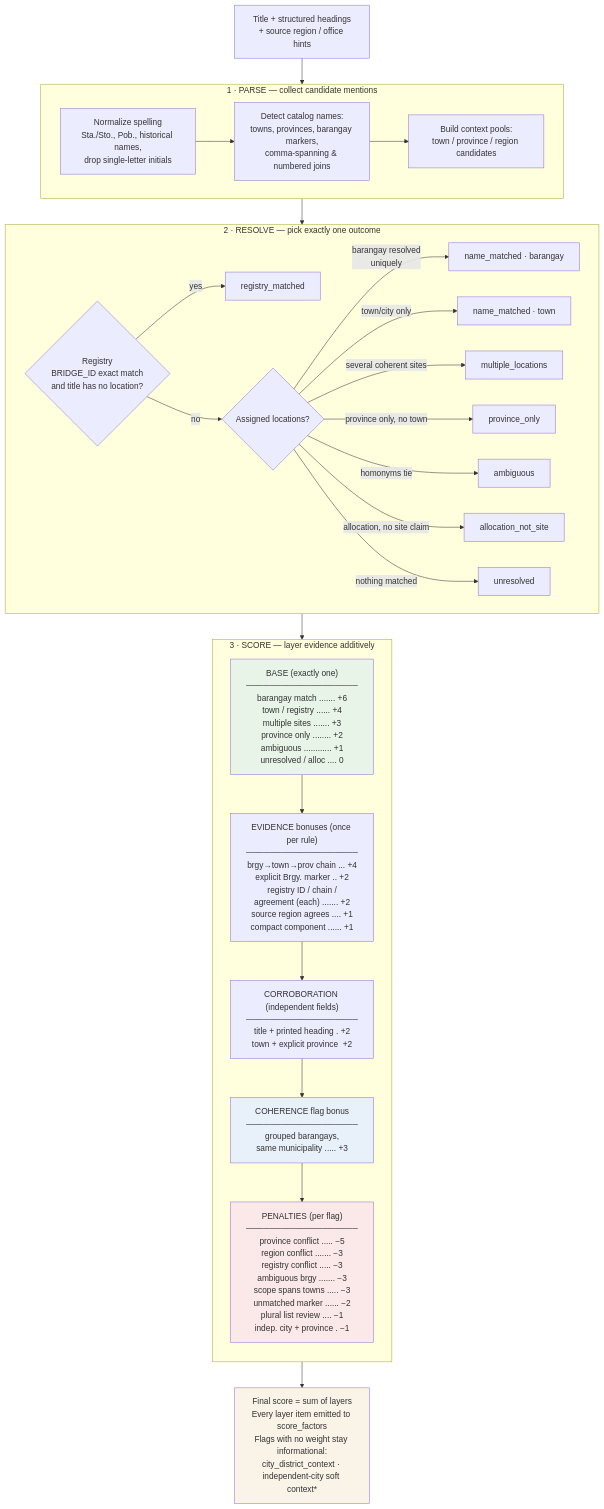
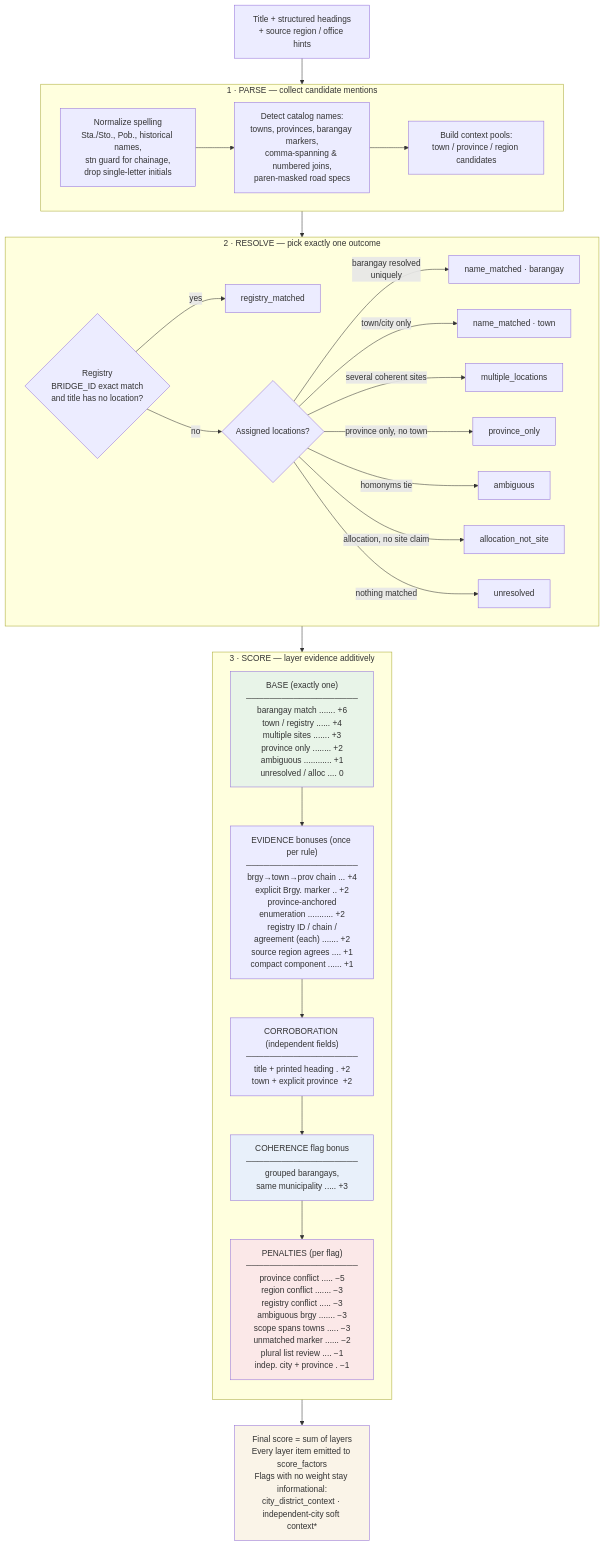
The diagram in master_list/docs/SCORING_RULES.md (csiiiv/DPWH-NEP-HB-2027-ANALYSIS), drawn with Mermaid before and after one commit. The commit also changed other lines of this file and 13 other files, not shown here.

First line of the commit message:
master_list: location evidence v6.2 - province-anchored enumerations, paren masks, station syntax

````diff
--- a/master_list/docs/SCORING_RULES.md
+++ b/master_list/docs/SCORING_RULES.md
@@ -25,42 +25,42 @@
 ```mermaid
 flowchart TD
     T[Title + structured headings<br/>+ source region / office hints] --> P
 
     subgraph P["1 · PARSE — collect candidate mentions"]
-        P1[Normalize spelling<br/>Sta./Sto., Pob., historical names,<br/>drop single-letter initials] --> P2
-        P2[Detect catalog names:<br/>towns, provinces, barangay markers,<br/>comma-spanning &amp; numbered joins] --> P3
+        P1[Normalize spelling<br/>Sta./Sto., Pob., historical names,<br/>stn guard for chainage,<br/>drop single-letter initials] --> P2
+        P2[Detect catalog names:<br/>towns, provinces, barangay markers,<br/>comma-spanning &amp; numbered joins,<br/>paren-masked road specs] --> P3
         P3[Build context pools:<br/>town / province / region candidates]
     end
 
     P --> R
 
     subgraph R["2 · RESOLVE — pick exactly one outcome"]
         R1{Registry<br/>BRIDGE_ID exact match<br/>and title has no location?} -->|yes| RB[registry_matched]
         R1 -->|no| R2{Assigned locations?}
         R2 -->|barangay resolved<br/>uniquely| RN[name_matched · barangay]
         R2 -->|town/city only| RT[name_matched · town]
         R2 -->|several coherent sites| RM[multiple_locations]
         R2 -->|province only, no town| RP[province_only]
         R2 -->|homonyms tie| RA[ambiguous]
         R2 -->|allocation, no site claim| RX[allocation_not_site]
         R2 -->|nothing matched| RU[unresolved]
     end
 
     R --> B
 
     subgraph B["3 · SCORE — layer evidence additively"]
         direction TB
         B0["BASE (exactly one)<br/>───────────────────<br/>barangay match ....... +6<br/>town / registry ...... +4<br/>multiple sites ....... +3<br/>province only ........ +2<br/>ambiguous ............ +1<br/>unresolved / alloc .... 0"] --> B1
-        B1["EVIDENCE bonuses (once per rule)<br/>───────────────────<br/>brgy→town→prov chain ... +4<br/>explicit Brgy. marker .. +2<br/>registry ID / chain /<br/>agreement (each) ....... +2<br/>source region agrees .... +1<br/>compact component ...... +1"] --> B2
+        B1["EVIDENCE bonuses (once per rule)<br/>───────────────────<br/>brgy→town→prov chain ... +4<br/>explicit Brgy. marker .. +2<br/>province-anchored<br/>enumeration ........... +2<br/>registry ID / chain /<br/>agreement (each) ....... +2<br/>source region agrees .... +1<br/>compact component ...... +1"] --> B2
         B2["CORROBORATION (independent fields)<br/>───────────────────<br/>title + printed heading . +2<br/>town + explicit province  +2"] --> B3
         B3["COHERENCE flag bonus<br/>───────────────────<br/>grouped barangays,<br/>same municipality ..... +3"] --> B4
         B4["PENALTIES (per flag)<br/>───────────────────<br/>province conflict ..... −5<br/>region conflict ....... −3<br/>registry conflict ..... −3<br/>ambiguous brgy ....... −3<br/>scope spans towns ..... −3<br/>unmatched marker ...... −2<br/>plural list review .... −1<br/>indep. city + province . −1"]
     end
 
     B --> OUT[Final score = sum of layers<br/>Every layer item emitted to score_factors<br/>Flags with no weight stay informational:<br/>city_district_context · independent-city soft context*]
 
     style B0 fill:#e8f4e8
     style B3 fill:#e8f0fa
     style B4 fill:#fbe8e8
     style OUT fill:#faf4e8
 ```
````
